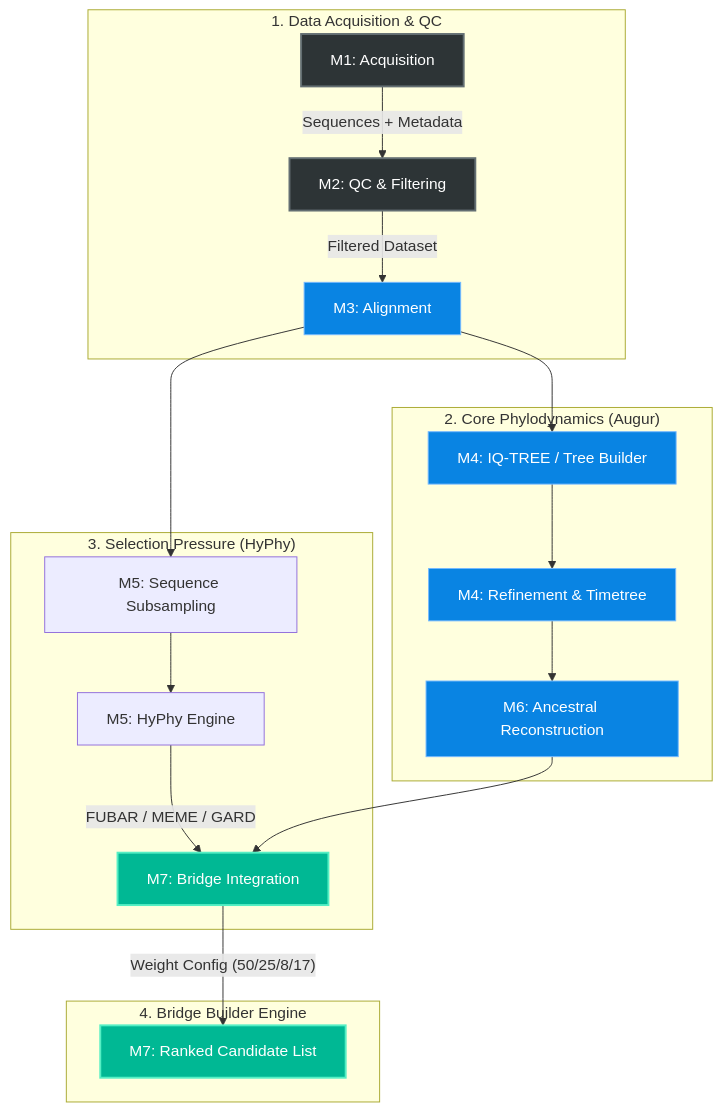
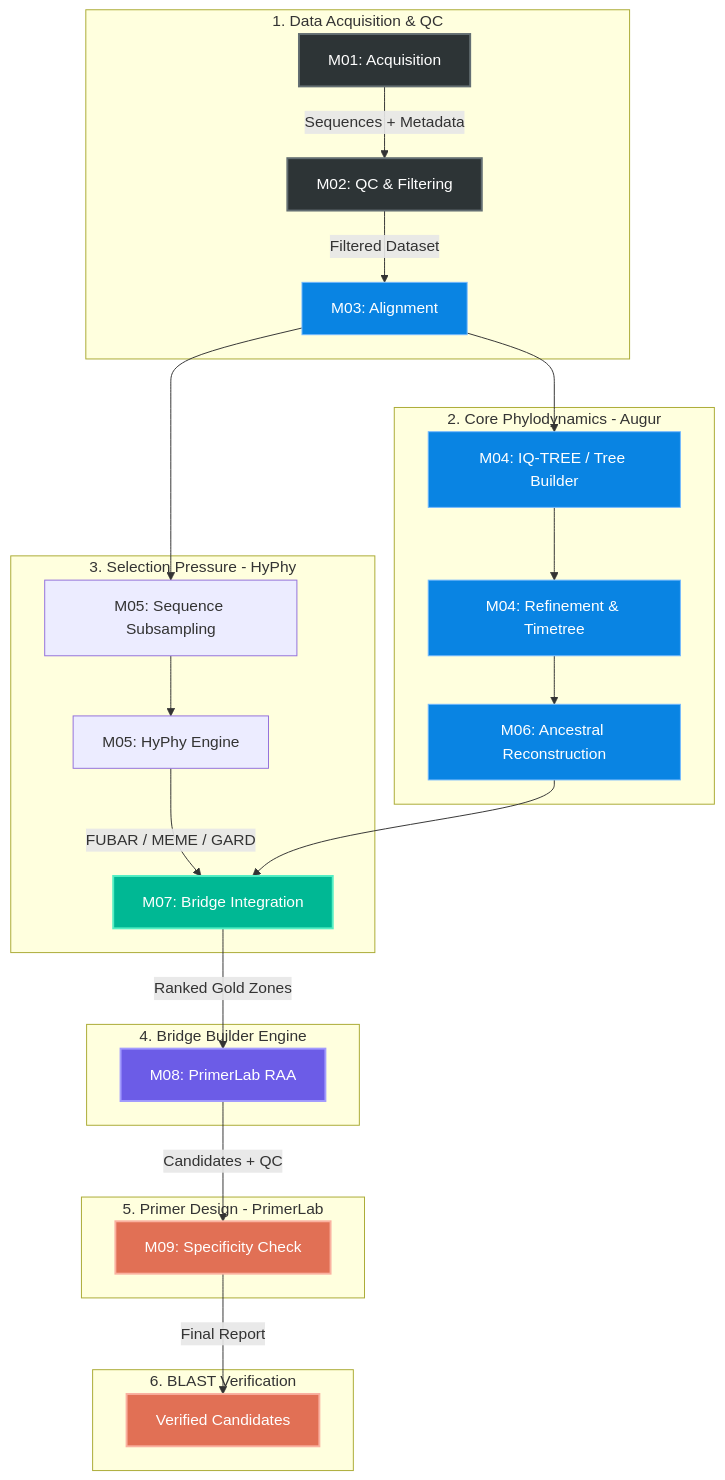
Before and after one commit to lab-biotek-bio-ugm/pandemic_prep_idn: the diagram in README.md, drawn with Mermaid. The commit also changed other lines of this file and 4 other files, not shown here.

````diff
--- a/README.md
+++ b/README.md
@@ -17,34 +17,45 @@
 ```mermaid
 graph TB
     subgraph Data_Acquisition ["1. Data Acquisition & QC"]
-        M1[M1: Acquisition] -- "Sequences + Metadata" --> M2[M2: QC & Filtering]
+        M1[M01: Acquisition] -- "Sequences + Metadata" --> M2[M02: QC & Filtering]
         M2 -- "Filtered Dataset" --> M3
     end
 
-    subgraph Core_Processing ["2. Core Phylodynamics (Augur)"]
-        M3[M3: Alignment] --> M4[M4: IQ-TREE / Tree Builder]
-        M4 --> M4R[M4: Refinement & Timetree]
-        M4R --> M6[M6: Ancestral Reconstruction]
+    subgraph Core_Processing ["2. Core Phylodynamics - Augur"]
+        M3[M03: Alignment] --> M4[M04: IQ-TREE / Tree Builder]
+        M4 --> M4R[M04: Refinement & Timetree]
+        M4R --> M6[M06: Ancestral Reconstruction]
     end
 
-    subgraph Evolutionary_Analysis ["3. Selection Pressure (HyPhy)"]
-        M3 --> M5S[M5: Sequence Subsampling]
-        M5S --> M5[M5: HyPhy Engine]
+    subgraph Evolutionary_Analysis ["3. Selection Pressure - HyPhy"]
+        M3 --> M5S[M05: Sequence Subsampling]
+        M5S --> M5[M05: HyPhy Engine]
         M5 -- "FUBAR / MEME / GARD" --> M7
     end
 
     subgraph Scoring_Integration ["4. Bridge Builder Engine"]
-        M6 --> M7[M7: Bridge Integration]
-        M7 -- "Weight Config (50/25/8/17)" --> M7R[M7: Ranked Candidate List]
+        M6 --> M7[M07: Bridge Integration]
+        M7 -- "Ranked Gold Zones" --> M8
+    end
+
+    subgraph Primer_Design ["5. Primer Design - PrimerLab"]
+        M8[M08: PrimerLab RAA] -- "Candidates + QC" --> M9
+    end
+
+    subgraph Verification ["6. BLAST Verification"]
+        M9[M09: Specificity Check] -- "Final Report" --> OUT[Verified Candidates]
     end
 
     %% Professional High-Contrast Styling
     classDef primary fill:#2d3436,stroke:#636e72,color:#ffffff,stroke-width:2px;
     classDef core fill:#0984e3,stroke:#74b9ff,color:#ffffff,stroke-width:1px;
     classDef scoring fill:#00b894,stroke:#55efc4,color:#ffffff,stroke-width:2px;
-    classDef data_box fill:#dfe6e9,stroke:#b2bec3,color:#2d3436,stroke-width:2px;
+    classDef primer fill:#6c5ce7,stroke:#a29bfe,color:#ffffff,stroke-width:2px;
+    classDef verify fill:#e17055,stroke:#fab1a0,color:#ffffff,stroke-width:2px;
 
     class M1,M2 primary;
     class M3,M4,M4R,M6 core;
-    class M7,M7R scoring;
+    class M7 scoring;
+    class M8 primer;
+    class M9,OUT verify;
 ```
````
